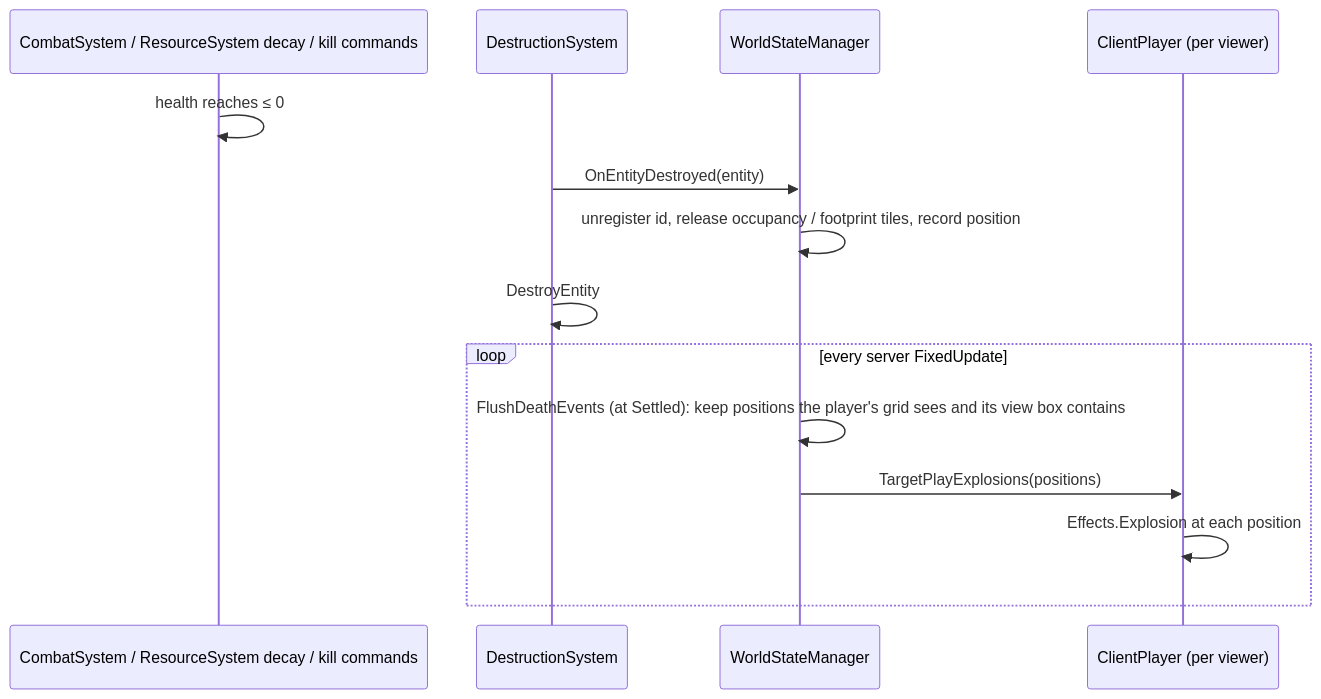
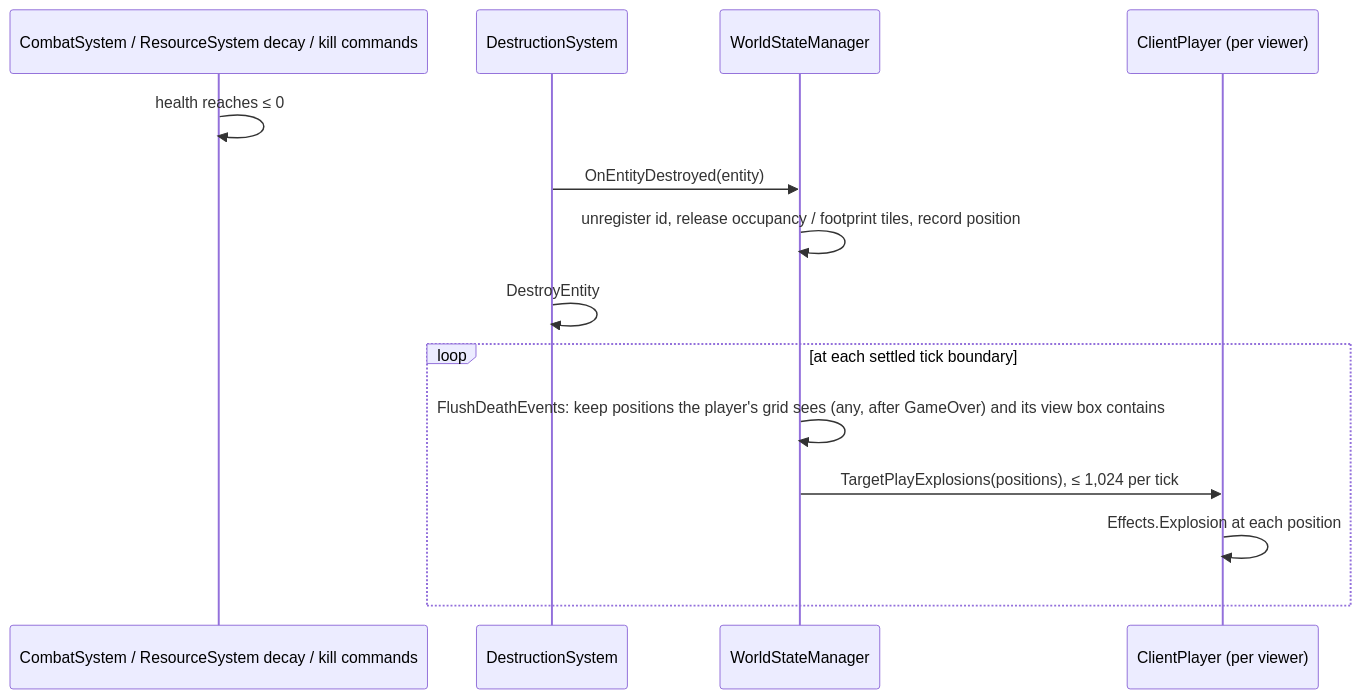
The third of 4 diagrams in docs/architecture.md (CoolCoder353/WAR-2D), drawn with Mermaid before and after one commit. The commit also changed other lines of this file and 30 other files, not shown here.

````diff
--- a/docs/architecture.md
+++ b/docs/architecture.md
@@ -261,16 +273,16 @@
 ```mermaid
 sequenceDiagram
     participant CS as CombatSystem / ResourceSystem decay / kill commands
     participant DS as DestructionSystem
     participant W as WorldStateManager
     participant P as ClientPlayer (per viewer)
     CS->>CS: health reaches ≤ 0
     DS->>W: OnEntityDestroyed(entity)
     W->>W: unregister id, release occupancy / footprint tiles, record position
     DS->>DS: DestroyEntity
-    loop every server FixedUpdate
-        W->>W: FlushDeathEvents (at Settled): keep positions the player's grid sees and its view box contains
-        W->>P: TargetPlayExplosions(positions)
+    loop at each settled tick boundary
+        W->>W: FlushDeathEvents: keep positions the player's grid sees (any, after GameOver) and its view box contains
+        W->>P: TargetPlayExplosions(positions), ≤ 1,024 per tick
         P->>P: Effects.Explosion at each position
     end
 ```
````
